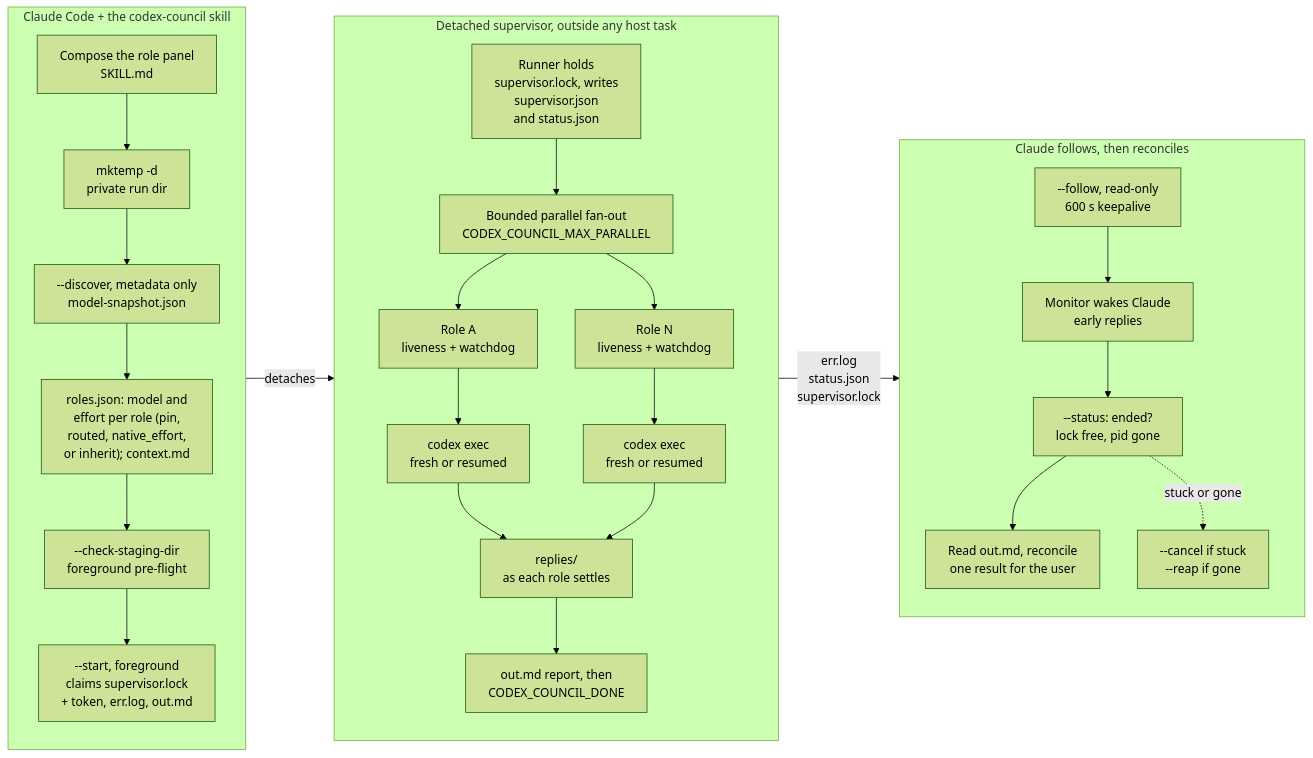
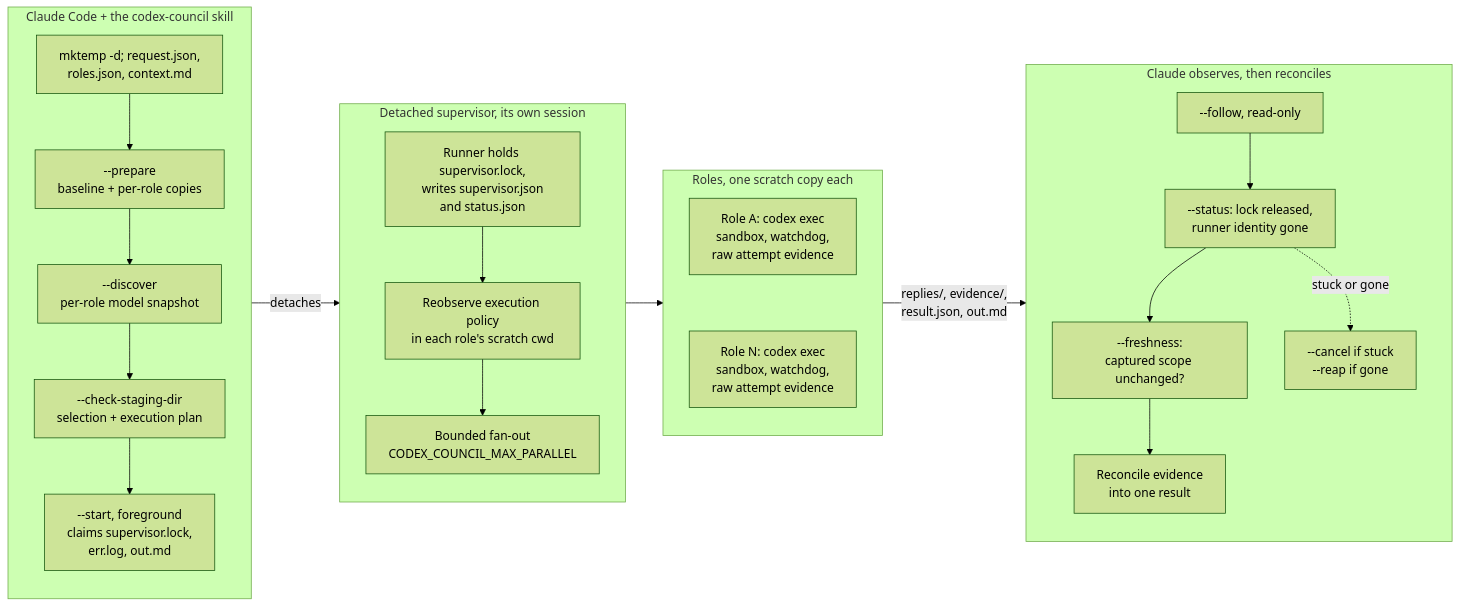
Before and after one commit to ehzawad/codex-council: the first of 4 diagrams in README.md, drawn with Mermaid (forest theme). The commit also changed other lines of this file and 39 other files, not shown here.

First line of the commit message:
codex-council 1.3.0: captured experiments, explicit permissions, and evidence (#15)

````diff
--- a/README.md
+++ b/README.md
@@ -102,35 +61,37 @@
 ```mermaid
 flowchart LR
     subgraph Host["Claude Code + the codex-council skill"]
         direction TB
-        Panel["Compose the role panel<br/>SKILL.md"] --> Mktemp["mktemp -d<br/>private run dir"]
-        Mktemp --> Discover["--discover, metadata only<br/>model-snapshot.json"]
-        Discover --> Inputs["roles.json: model and<br/>effort per role (pin,<br/>routed, native_effort,<br/>or inherit); context.md"]
-        Inputs --> Check["--check-staging-dir<br/>foreground pre-flight"]
-        Check --> Start["--start, foreground<br/>claims supervisor.lock<br/>+ token, err.log, out.md"]
+        Stage["mktemp -d; request.json,<br/>roles.json, context.md"] --> Prepare["--prepare<br/>baseline + per-role copies"]
+        Prepare --> Disc["--discover<br/>per-role model snapshot"]
+        Disc --> Check["--check-staging-dir<br/>selection + execution plan"]
+        Check --> Start["--start, foreground<br/>claims supervisor.lock,<br/>err.log, out.md"]
     end
 
     Host -- "detaches" --> Detached
 
-    subgraph Detached["Detached supervisor, outside any host task"]
+    subgraph Detached["Detached supervisor, its own session"]
         direction TB
-        Runner["Runner holds<br/>supervisor.lock, writes<br/>supervisor.json<br/>and status.json"] --> Fanout["Bounded parallel fan-out<br/>CODEX_COUNCIL_MAX_PARALLEL"]
-        Fanout --> RoleA["Role A<br/>liveness + watchdog"]
-        Fanout --> RoleN["Role N<br/>liveness + watchdog"]
-        RoleA --> ExecA["codex exec<br/>fresh or resumed"]
-        RoleN --> ExecN["codex exec<br/>fresh or resumed"]
-        ExecA --> Replies["replies/<br/>as each role settles"]
-        ExecN --> Replies
-        Replies --> Out["out.md report, then<br/>CODEX_COUNCIL_DONE"]
+        Runner["Runner holds supervisor.lock,<br/>writes supervisor.json<br/>and status.json"] --> Policy["Reobserve execution policy<br/>in each role's scratch cwd"]
+        Policy --> Fanout["Bounded fan-out<br/>CODEX_COUNCIL_MAX_PARALLEL"]
     end
 
-    Detached -- "err.log<br/>status.json<br/>supervisor.lock" --> Watch
+    Fanout --> Roles
 
-    subgraph Watch["Claude follows, then reconciles"]
+    subgraph Roles["Roles, one scratch copy each"]
         direction TB
-        Follow["--follow, read-only<br/>600 s keepalive"] --> Monitor["Monitor wakes Claude<br/>early replies"]
-        Monitor --> Ended["--status: ended?<br/>lock free, pid gone"]
-        Ended --> Reconcile["Read out.md, reconcile<br/>one result for the user"]
-        Ended -. "stuck or gone" .-> Ctl["--cancel if stuck<br/>--reap if gone"]
+        RoleA["Role A: codex exec<br/>sandbox, watchdog,<br/>raw attempt evidence"]
+        RoleN["Role N: codex exec<br/>sandbox, watchdog,<br/>raw attempt evidence"]
+        RoleA ~~~ RoleN
+    end
+
+    Roles -- "replies/, evidence/,<br/>result.json, out.md" --> Watch
+
+    subgraph Watch["Claude observes, then reconciles"]
+        direction TB
+        Follow["--follow, read-only"] --> Status["--status: lock released,<br/>runner identity gone"]
+        Status --> Fresh["--freshness:<br/>captured scope unchanged?"]
+        Fresh --> Reconcile["Reconcile evidence<br/>into one result"]
+        Status -. "stuck or gone" .-> Ctl["--cancel if stuck<br/>--reap if gone"]
     end
 ```
````
